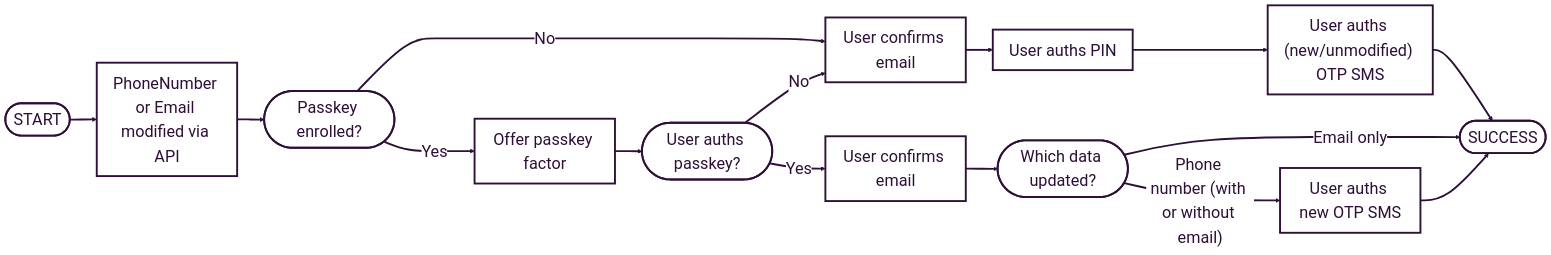
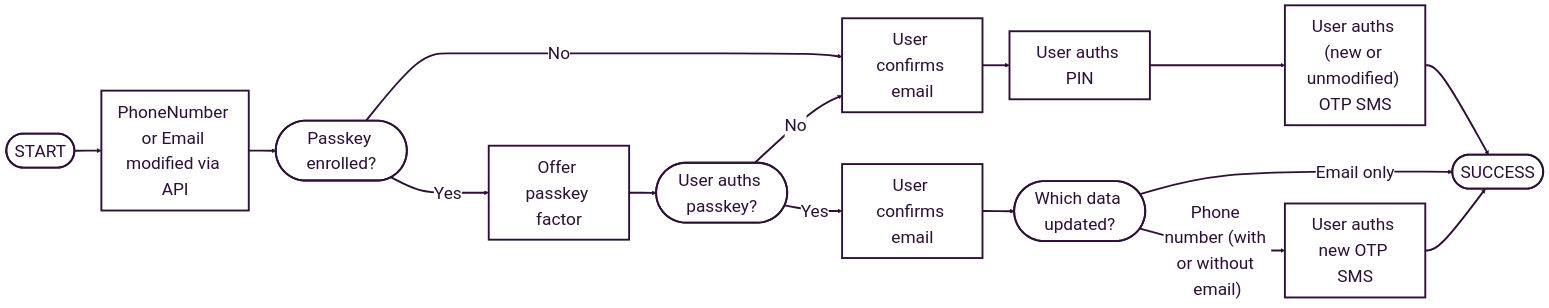
Before and after one commit to Mangopay/docs: the fifth of 6 diagrams in guides/sca/factors.mdx, drawn with Mermaid. The commit also changed other lines of this file and 1 other file, not shown here.

````diff
--- a/guides/sca/factors.mdx
+++ b/guides/sca/factors.mdx
@@ -393,48 +502,48 @@
 ```mermaid
 %%{
   init: {
     'theme': 'base',
     'themeVariables': {
       'primaryColor': '#FFFFFF',
       'primaryTextColor': '#2D0F37',
       'primaryBorderColor': '#2D0F37',
       'lineColor': '#2D0F37',
       'secondaryColor': '#FFFFFF',
       'tertiaryColor': '#FFFFFF',
-      'fontSize': '30px',
+      'fontSize': '32px',
       'fontFamily': 'Inter'
     }
   }
 }%%
 flowchart LR
     n6["Offer passkey factor"] ==> n7(["User auths passkey?"])
     n14(["START"]) ==> n30["PhoneNumber or Email modified via API"]
     n4(["Passkey enrolled?"]) == Yes ===> n6
     n4 == No ===> n17["User confirms email"]
-    n22["User auths PIN"] ==> n32["User auths (new/unmodified) OTP SMS"]
+    n22["User auths PIN"] ==> n32["User auths (new or unmodified) OTP SMS"]
     n30 ==> n4
     n7 == Yes ==> n31["User confirms email"]
     n17 ==> n22
     n32 ==> n13(["SUCCESS"])
     n7 == No ==> n17
     n31 ==> n33(["Which data updated?"])
     n33 == Email only ==> n13
     n33 == Phone number (with or without email) ==> n34["User auths new OTP SMS"]
     n34 ==> n13
 
     n6@{ shape: rect}
     n30@{ shape: rect}
 
     style n4 stroke-width:3.5px
     style n6 stroke-width:3.5px
     style n7 stroke-width:3.5px
     style n13 stroke-width:3.5px
     style n14 stroke-width:3.5px
     style n17 stroke-width:3.5px
     style n22 stroke-width:3.5px
     style n30 stroke-width:3.5px
     style n31 stroke-width:3.5px
     style n32 stroke-width:3.5px
     style n33 stroke-width:3.5px
     style n34 stroke-width:3.5px
 ```
````
